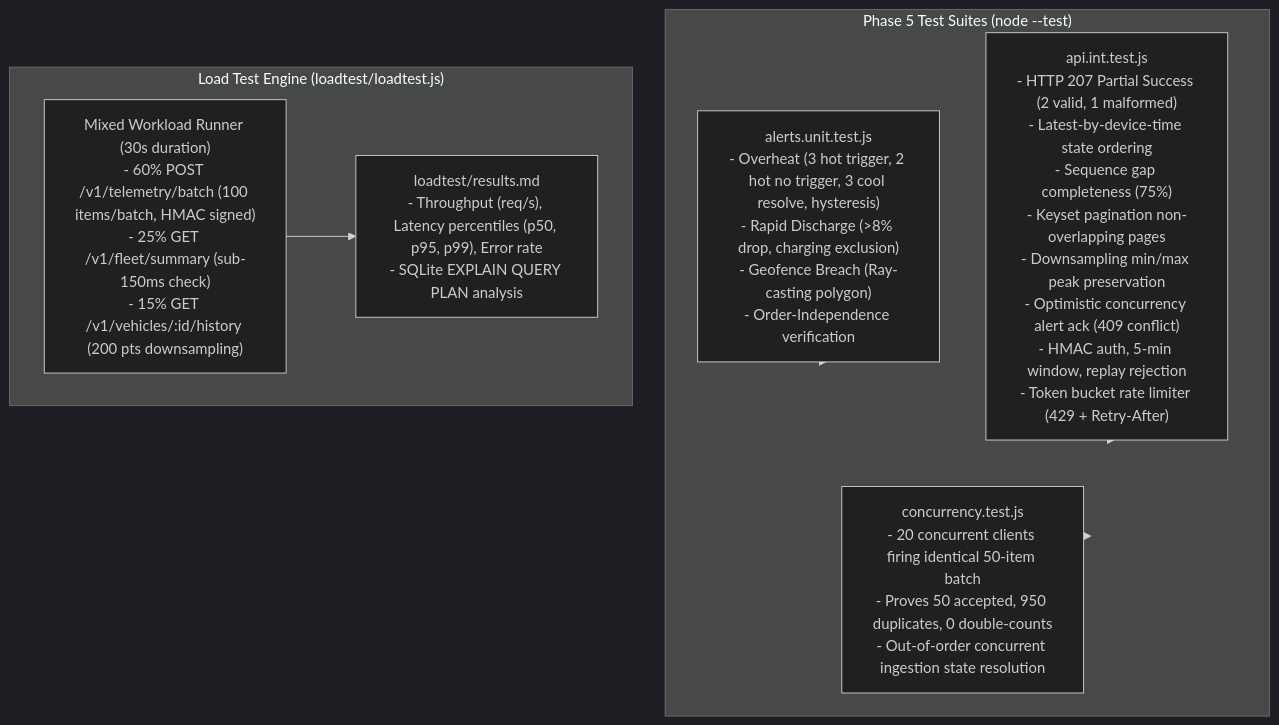
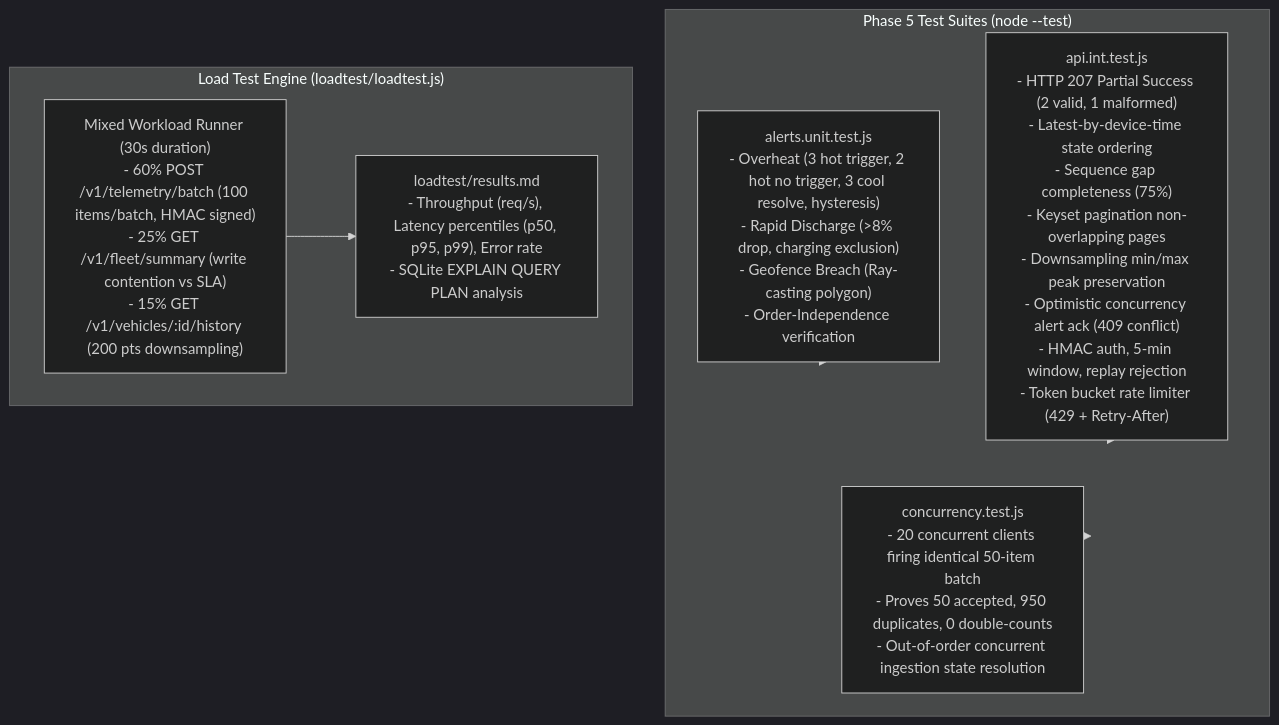
Before and after one commit to ashokgarlapati-pixel/voltgrid-telemetry: the sixth of 6 diagrams in docs/MASTER_PLAN.md, drawn with Mermaid (dark theme). The commit also changed other lines of this file and 4 other files, not shown here.

Commit message:
docs(perf): clarify fleet summary mixed-load SLA failure and remove contradictory status wording

````diff
--- a/docs/MASTER_PLAN.md
+++ b/docs/MASTER_PLAN.md
@@ -1019,18 +1019,18 @@
 ```mermaid
 flowchart TD
     subgraph TestSuites ["Phase 5 Test Suites (node --test)"]
         U["alerts.unit.test.js\n- Overheat (3 hot trigger, 2 hot no trigger, 3 cool resolve, hysteresis)\n- Rapid Discharge (>8% drop, charging exclusion)\n- Geofence Breach (Ray-casting polygon)\n- Order-Independence verification"]
         I["api.int.test.js\n- HTTP 207 Partial Success (2 valid, 1 malformed)\n- Latest-by-device-time state ordering\n- Sequence gap completeness (75%)\n- Keyset pagination non-overlapping pages\n- Downsampling min/max peak preservation\n- Optimistic concurrency alert ack (409 conflict)\n- HMAC auth, 5-min window, replay rejection\n- Token bucket rate limiter (429 + Retry-After)"]
         C["concurrency.test.js\n- 20 concurrent clients firing identical 50-item batch\n- Proves 50 accepted, 950 duplicates, 0 double-counts\n- Out-of-order concurrent ingestion state resolution"]
     end
 
     subgraph LoadTestEnv ["Load Test Engine (loadtest/loadtest.js)"]
-        LT["Mixed Workload Runner (30s duration)\n- 60% POST /v1/telemetry/batch (100 items/batch, HMAC signed)\n- 25% GET /v1/fleet/summary (sub-150ms check)\n- 15% GET /v1/vehicles/:id/history (200 pts downsampling)"]
+        LT["Mixed Workload Runner (30s duration)\n- 60% POST /v1/telemetry/batch (100 items/batch, HMAC signed)\n- 25% GET /v1/fleet/summary (write contention vs SLA)\n- 15% GET /v1/vehicles/:id/history (200 pts downsampling)"]
         REP["loadtest/results.md\n- Throughput (req/s), Latency percentiles (p50, p95, p99), Error rate\n- SQLite EXPLAIN QUERY PLAN analysis"]
     end
 
     U --> TestSuites
     I --> TestSuites
     C --> TestSuites
     LT --> REP
 ```
````
